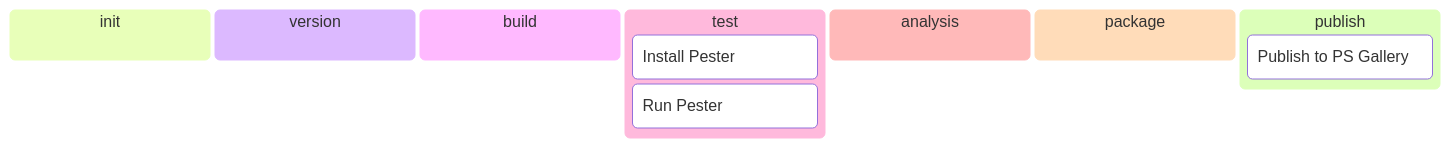
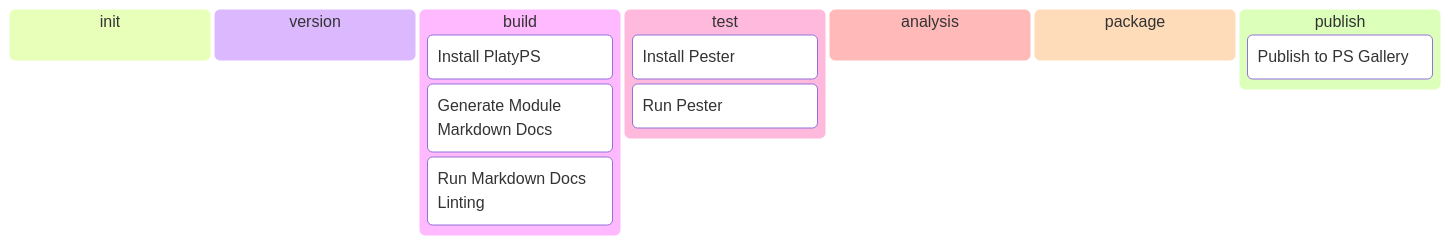
One commit to zerofailed/ZeroFailed.Build.PowerShell changed the diagram in README.md. Above: the diagram before and after it, drawn with Mermaid. The commit also changed 5 other files, not shown here.

Commit message:
Add support for generating module documentation via `PlatyPS` (#8)

````diff
--- a/README.md
+++ b/README.md
@@ -27,13 +27,16 @@
 ```mermaid
 kanban
     init
     version
     build
+        ensurePlatyPSModule[Install PlatyPS]
+        genMarkdownDocs[Generate Module Markdown Docs]
+        runMarkdownLinting[Run Markdown Docs Linting]
     test
         installPester[Install Pester]
         runPester[Run Pester]
     analysis
     package
     publish
         publishModule[Publish to PS Gallery]
 ```
````
